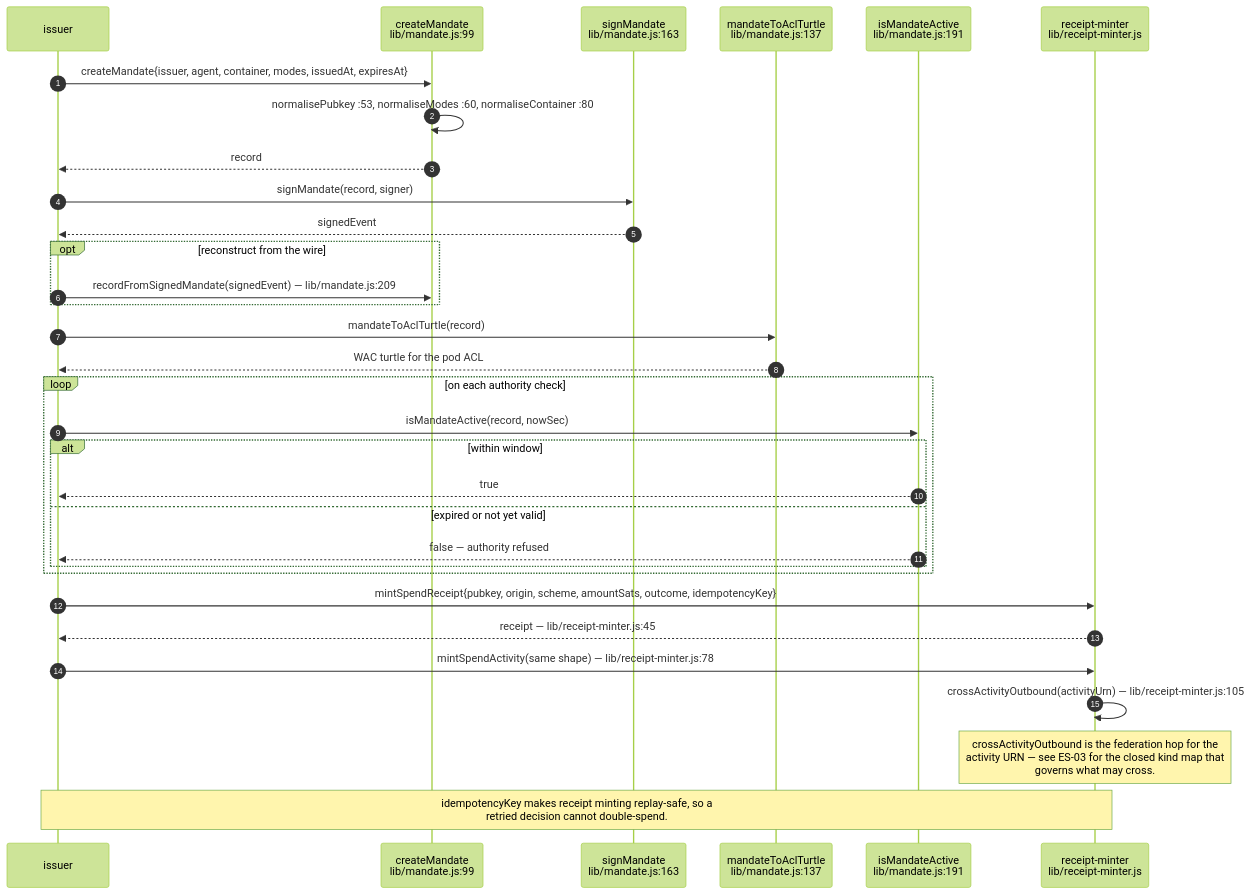
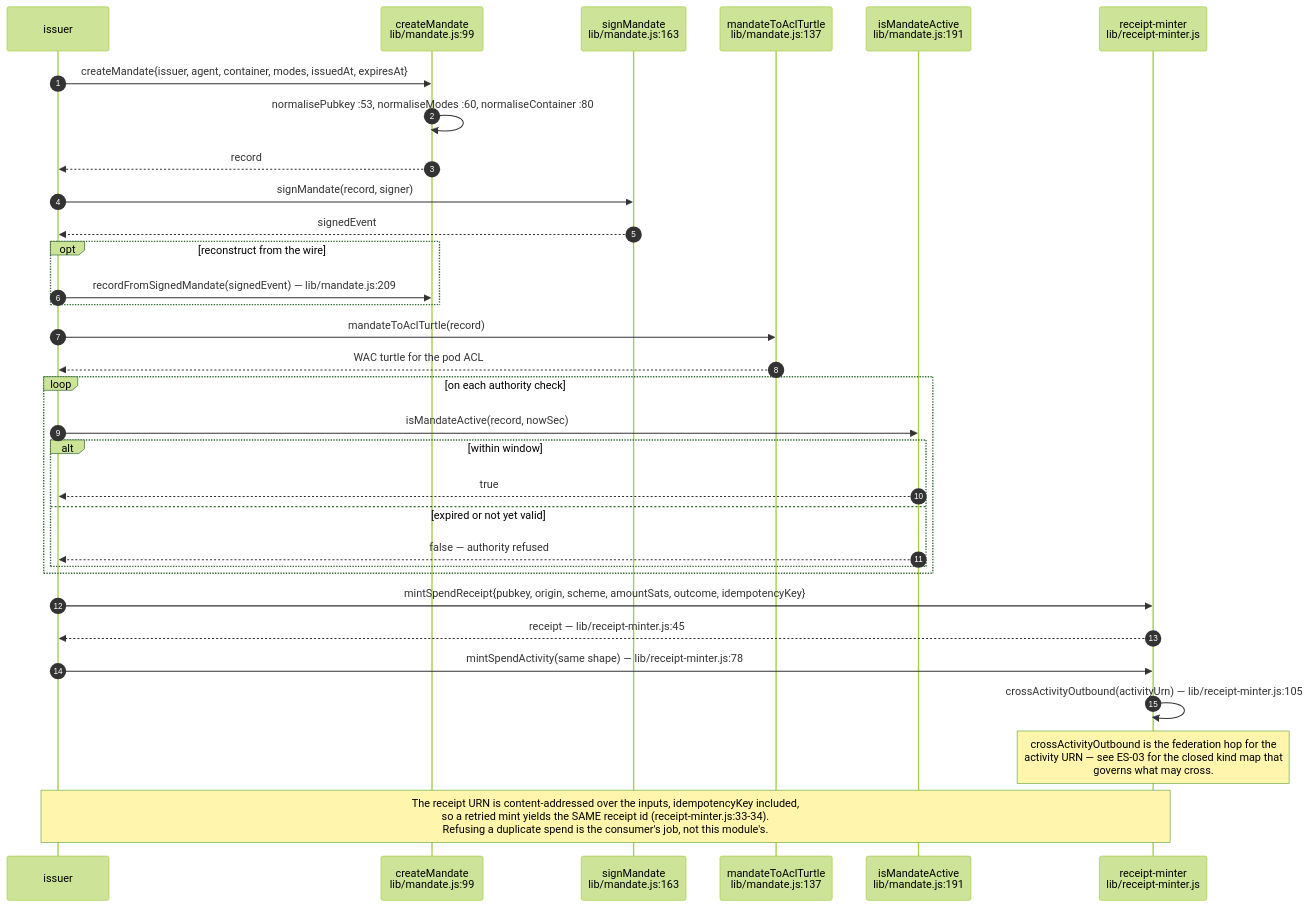
The fifth of 12 diagrams in docs/diagrams/estate/05-governance-loop-across-estate.md (DreamLab-AI/VisionFlow), drawn with Mermaid (forest theme) before and after one commit. The commit also changed other lines of this file and 91 other files, not shown here.

````diff
--- a/docs/diagrams/estate/05-governance-loop-across-estate.md
+++ b/docs/diagrams/estate/05-governance-loop-across-estate.md
@@ -177,35 +177,35 @@
 ```mermaid
 sequenceDiagram
     autonumber
     participant I as issuer
     participant M as createMandate<br/>lib/mandate.js:99
     participant S as signMandate<br/>lib/mandate.js:163
     participant T as mandateToAclTurtle<br/>lib/mandate.js:137
     participant CK as isMandateActive<br/>lib/mandate.js:191
     participant RM as receipt-minter<br/>lib/receipt-minter.js
 
     I->>M: createMandate{issuer, agent, container, modes, issuedAt, expiresAt}
     M->>M: normalisePubkey :53, normaliseModes :60, normaliseContainer :80
     M-->>I: record
     I->>S: signMandate(record, signer)
     S-->>I: signedEvent
     opt reconstruct from the wire
         I->>M: recordFromSignedMandate(signedEvent) — lib/mandate.js:209
     end
     I->>T: mandateToAclTurtle(record)
     T-->>I: WAC turtle for the pod ACL
     loop on each authority check
         I->>CK: isMandateActive(record, nowSec)
         alt within window
             CK-->>I: true
         else expired or not yet valid
             CK-->>I: false — authority refused
         end
     end
     I->>RM: mintSpendReceipt{pubkey, origin, scheme, amountSats, outcome, idempotencyKey}
     RM-->>I: receipt — lib/receipt-minter.js:45
     I->>RM: mintSpendActivity(same shape) — lib/receipt-minter.js:78
     RM->>RM: crossActivityOutbound(activityUrn) — lib/receipt-minter.js:105
     Note over RM: crossActivityOutbound is the federation hop for the<br/>activity URN — see ES-03 for the closed kind map that<br/>governs what may cross.
-    Note over I,RM: idempotencyKey makes receipt minting replay-safe, so a<br/>retried decision cannot double-spend.
+    Note over I,RM: The receipt URN is content-addressed over the inputs, idempotencyKey included,<br/>so a retried mint yields the SAME receipt id (receipt-minter.js:33-34).<br/>Refusing a duplicate spend is the consumer's job, not this module's.
 ```
````
